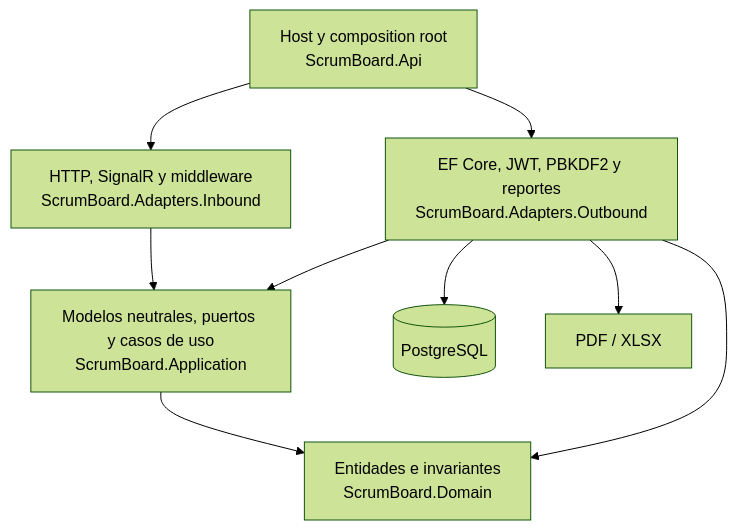
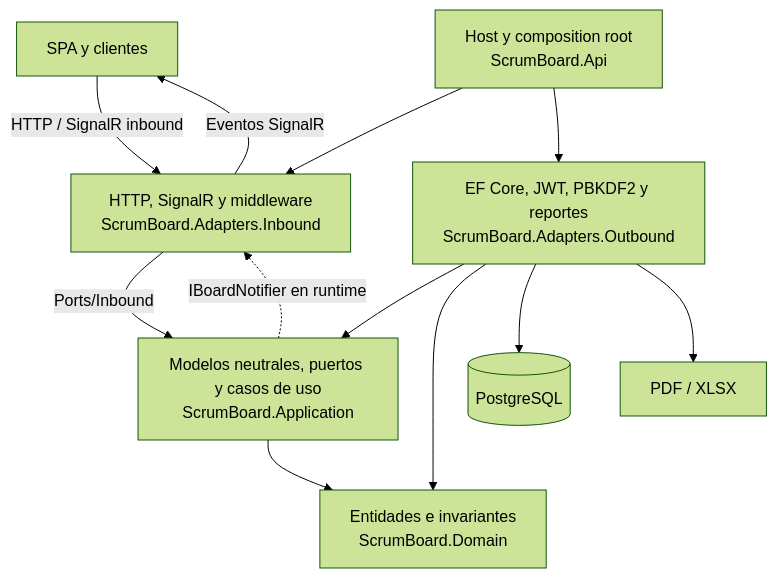
The second of 3 diagrams in docs/architecture.md (DRTX2/scrumboard), drawn with Mermaid (forest theme) before and after one commit. The commit also changed other lines of this file and 1 other file, not shown here.

Commit message:
docs: clarify ports and adapter roles

````diff
--- a/docs/architecture.md
+++ b/docs/architecture.md
@@ -34,19 +34,23 @@
 ```mermaid
 flowchart TB
+    CLIENTS[SPA y clientes]
     HOST[Host y composition root\nScrumBoard.Api]
     IN[HTTP, SignalR y middleware\nScrumBoard.Adapters.Inbound]
     APP[Modelos neutrales, puertos y casos de uso\nScrumBoard.Application]
     DOMAIN[Entidades e invariantes\nScrumBoard.Domain]
     OUT[EF Core, JWT, PBKDF2 y reportes\nScrumBoard.Adapters.Outbound]
     PG[(PostgreSQL)]
     FILES[PDF / XLSX]
 
     HOST --> IN
     HOST --> OUT
-    IN --> APP
+    CLIENTS -->|HTTP / SignalR inbound| IN
+    IN -->|Ports/Inbound| APP
+    APP -.->|IBoardNotifier en runtime| IN
+    IN -->|Eventos SignalR| CLIENTS
     APP --> DOMAIN
     OUT --> APP
     OUT --> DOMAIN
     OUT --> PG
     OUT --> FILES
 ```
````
